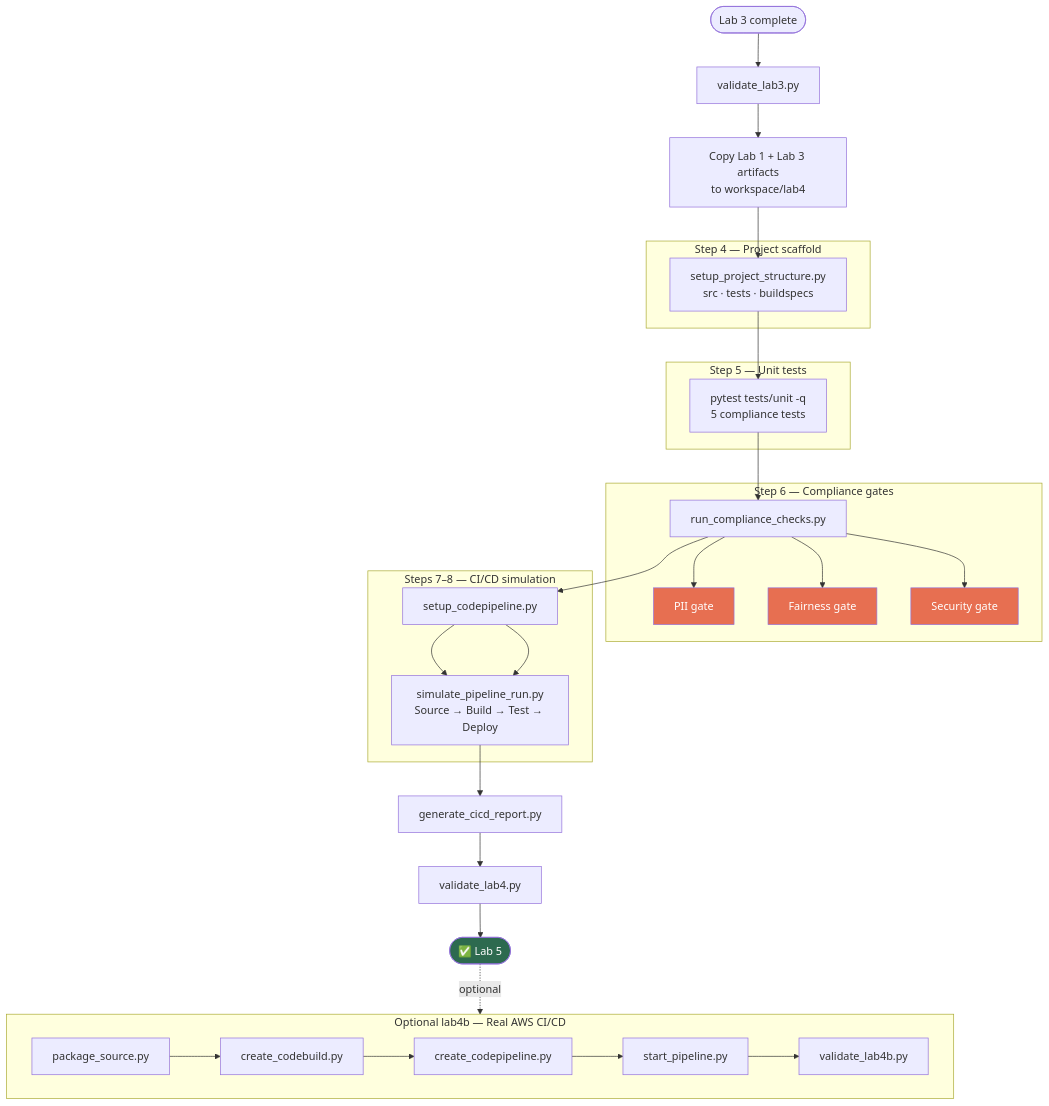
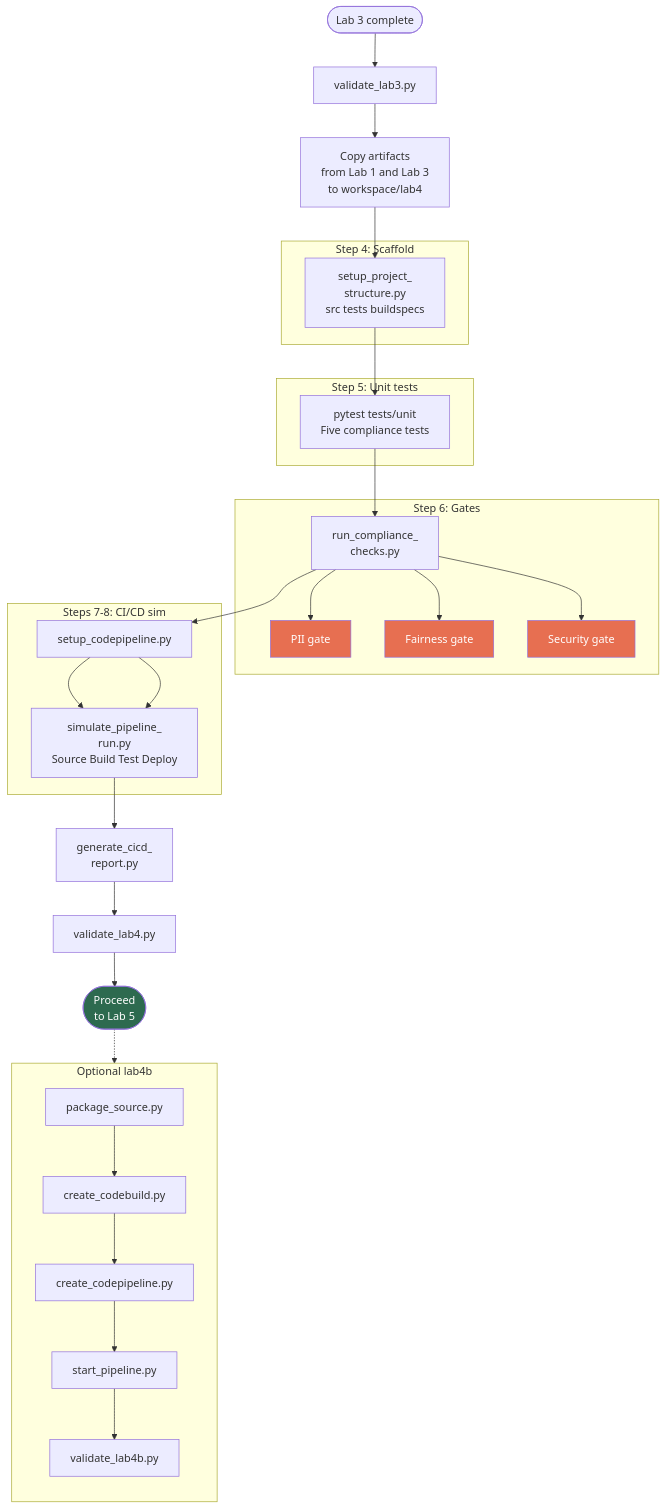
Before and after one commit to Innovation-In-Software/ai-infra-mlops: the diagram in lab4/README.md, drawn with Mermaid. The commit also changed 10 other files, not shown here.

Commit message:
Fix lab flowcharts: multiline quoted labels to prevent text truncation.

````diff
--- a/lab4/README.md
+++ b/lab4/README.md
@@ -41,46 +41,48 @@
 ```mermaid
 flowchart TB
-    START([Lab 3 complete]) --> PRE[validate_lab3.py]
-    PRE --> CP[Copy Lab 1 + Lab 3 artifacts<br/>to workspace/lab4]
+    START(["Lab 3 complete"]) --> PRE["validate_lab3.py"]
+    PRE --> CP["Copy artifacts<br/>from Lab 1 and Lab 3<br/>to workspace/lab4"]
 
-    subgraph Structure["Step 4 — Project scaffold"]
-        SET[setup_project_structure.py<br/>src · tests · buildspecs]
+    subgraph Structure["Step 4: Scaffold"]
+        SET["setup_project_<br/>structure.py<br/>src tests buildspecs"]
     end
 
-    subgraph Test["Step 5 — Unit tests"]
-        PY[pytest tests/unit -q<br/>5 compliance tests]
+    subgraph Test["Step 5: Unit tests"]
+        PY["pytest tests/unit<br/>Five compliance tests"]
     end
 
-    subgraph Gates["Step 6 — Compliance gates"]
-        CG[run_compliance_checks.py]
-        G1[PII gate]
-        G2[Fairness gate]
-        G3[Security gate]
-        CG --> G1 & G2 & G3
+    subgraph Gates["Step 6: Gates"]
+        CG["run_compliance_<br/>checks.py"]
+        G1["PII gate"]
+        G2["Fairness gate"]
+        G3["Security gate"]
+        CG --> G1
+        CG --> G2
+        CG --> G3
     end
 
-    subgraph Pipeline["Steps 7–8 — CI/CD simulation"]
-        CP2[setup_codepipeline.py]
-        SIM[simulate_pipeline_run.py<br/>Source → Build → Test → Deploy]
+    subgraph Pipeline["Steps 7-8: CI/CD sim"]
+        CP2["setup_codepipeline.py"]
+        SIM["simulate_pipeline_<br/>run.py<br/>Source Build Test Deploy"]
         CP2 --> SIM
     end
 
-    REP[generate_cicd_report.py] --> VAL[validate_lab4.py] --> OK([✅ Lab 5])
+    REP["generate_cicd_<br/>report.py"] --> VAL["validate_lab4.py"] --> OK(["Proceed<br/>to Lab 5"])
 
     CP --> SET --> PY --> CG --> CP2 --> SIM --> REP
 
-    subgraph Optional["Optional lab4b — Real AWS CI/CD"]
-        direction LR
-        P1[package_source.py] --> P2[create_codebuild.py]
-        P2 --> P3[create_codepipeline.py]
-        P3 --> P4[start_pipeline.py]
-        P4 --> P5[validate_lab4b.py]
+    subgraph Optional["Optional lab4b"]
+        direction TB
+        P1["package_source.py"] --> P2["create_codebuild.py"]
+        P2 --> P3["create_codepipeline.py"]
+        P3 --> P4["start_pipeline.py"]
+        P4 --> P5["validate_lab4b.py"]
     end
 
-    OK -.->|optional| P1
+    OK -.-> P1
 
     style OK fill:#2d6a4f,color:#fff
     style G1 fill:#e76f51,color:#fff
     style G2 fill:#e76f51,color:#fff
     style G3 fill:#e76f51,color:#fff
 ```
````
